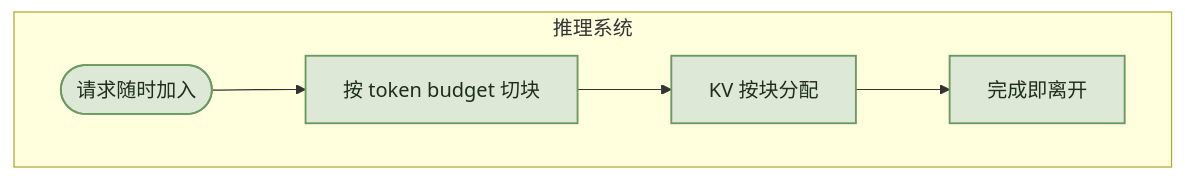
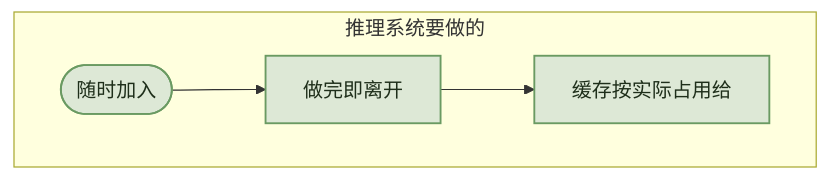
One commit to xiangel/llm-inference-course changed the third of 5 diagrams in src/content/docs/00-introduction.mdx. Above: the diagram before and after it, drawn with Mermaid. The commit also changed other lines of this file, not shown here.

````diff
--- a/src/content/docs/00-introduction.mdx
+++ b/src/content/docs/00-introduction.mdx
@@ -166,9 +176,8 @@
 ```mermaid
 flowchart TB
   classDef good fill:#dde8d6,stroke:#6a9a62,color:#1e2e1a,stroke-width:1.5px
-  subgraph System["推理系统"]
-    S1(["请求随时加入"]):::good --> S2["按 token budget 切块"]:::good
-    S2 --> S3["KV 按块分配"]:::good
-    S3 --> S4["完成即离开"]:::good
+  subgraph System["推理系统要做的"]
+    S1(["随时加入"]):::good --> S2["做完即离开"]:::good
+    S2 --> S3["缓存按实际占用给"]:::good
   end
 ```
````
